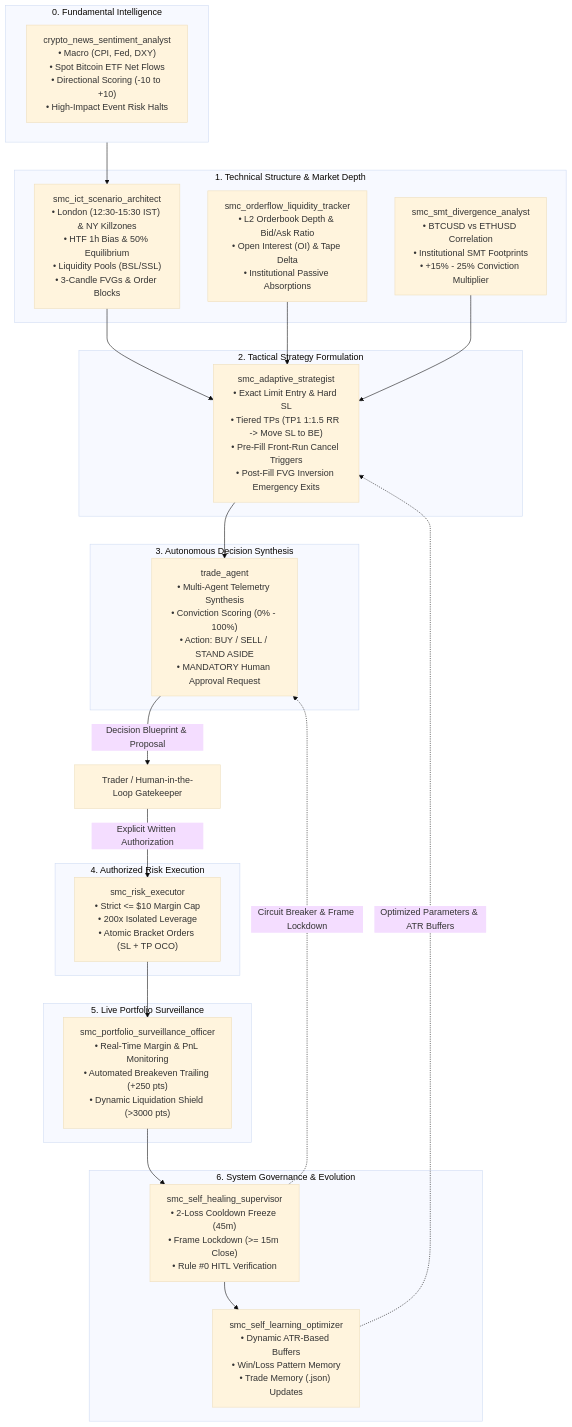
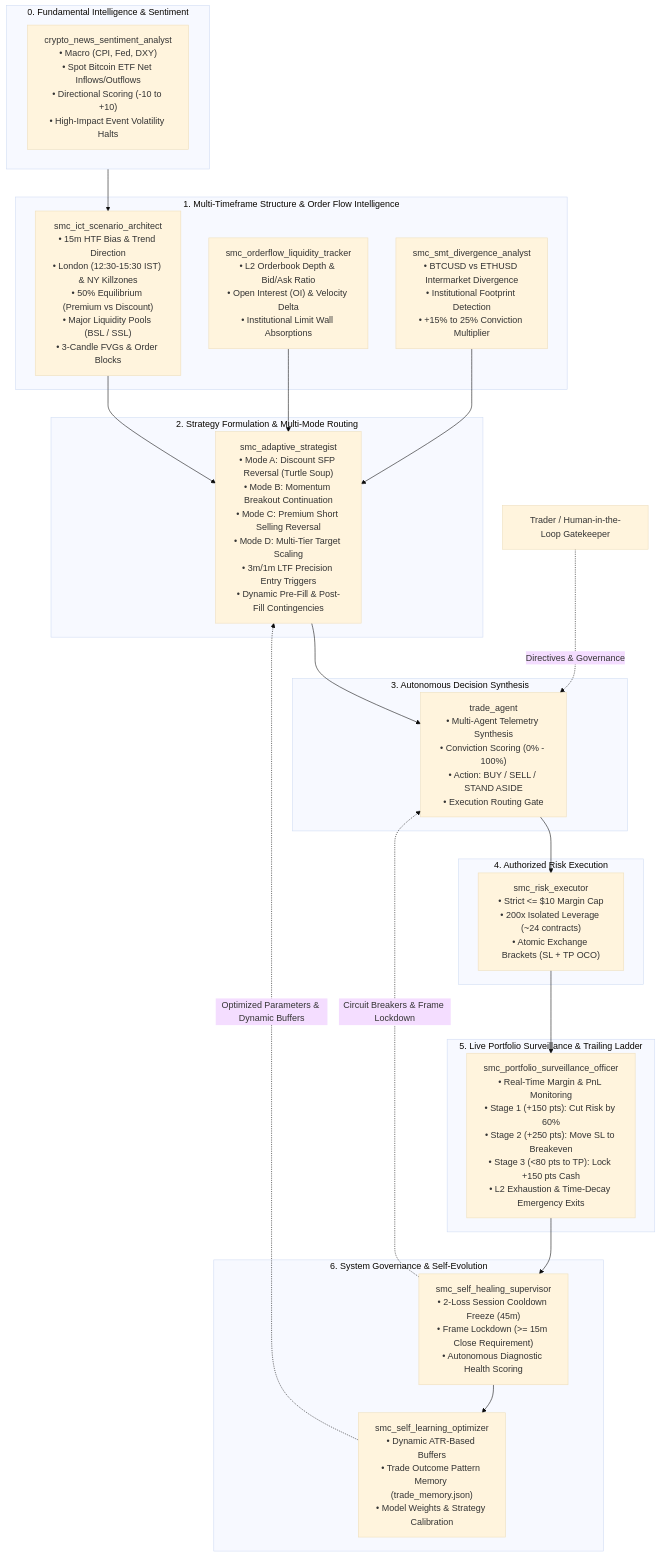
The diagram in subagents_trading_plan.md (bns218/Delta_MCP), drawn with Mermaid (base theme) before and after one commit. The commit also changed other lines of this file, not shown here.

Commit message:
Update subagents trading plan: 10 subagents roster, all 4 institutional modes, 15m->3m/1m timeframe matrix, 4 exit fixes

````diff
--- a/subagents_trading_plan.md
+++ b/subagents_trading_plan.md
@@ -13,48 +15,48 @@
 ```mermaid
 flowchart TD
     User["Trader / Human-in-the-Loop Gatekeeper"]
 
-    subgraph Phase0["0. Fundamental Intelligence"]
-        NewsAgent["crypto_news_sentiment_analyst\n• Macro (CPI, Fed, DXY)\n• Spot Bitcoin ETF Net Flows\n• Directional Scoring (-10 to +10)\n• High-Impact Event Risk Halts"]
+    subgraph Phase0["0. Fundamental Intelligence & Sentiment"]
+        NewsAgent["crypto_news_sentiment_analyst\n• Macro (CPI, Fed, DXY)\n• Spot Bitcoin ETF Net Inflows/Outflows\n• Directional Scoring (-10 to +10)\n• High-Impact Event Volatility Halts"]
     end
 
-    subgraph Phase1["1. Technical Structure & Market Depth"]
-        Architect["smc_ict_scenario_architect\n• London (12:30-15:30 IST) & NY Killzones\n• HTF 1h Bias & 50% Equilibrium\n• Liquidity Pools (BSL/SSL)\n• 3-Candle FVGs & Order Blocks"]
-        Orderflow["smc_orderflow_liquidity_tracker\n• L2 Orderbook Depth & Bid/Ask Ratio\n• Open Interest (OI) & Tape Delta\n• Institutional Passive Absorptions"]
-        SMT["smc_smt_divergence_analyst\n• BTCUSD vs ETHUSD Correlation\n• Institutional SMT Footprints\n• +15% - 25% Conviction Multiplier"]
+    subgraph Phase1["1. Multi-Timeframe Structure & Order Flow Intelligence"]
+        Architect["smc_ict_scenario_architect\n• 15m HTF Bias & Trend Direction\n• London (12:30-15:30 IST) & NY Killzones\n• 50% Equilibrium (Premium vs Discount)\n• Major Liquidity Pools (BSL / SSL)\n• 3-Candle FVGs & Order Blocks"]
+        Orderflow["smc_orderflow_liquidity_tracker\n• L2 Orderbook Depth & Bid/Ask Ratio\n• Open Interest (OI) & Velocity Delta\n• Institutional Limit Wall Absorptions"]
+        SMT["smc_smt_divergence_analyst\n• BTCUSD vs ETHUSD Intermarket Divergence\n• Institutional Footprint Detection\n• +15% to 25% Conviction Multiplier"]
     end
 
-    subgraph Phase2["2. Tactical Strategy Formulation"]
-        Strategist["smc_adaptive_strategist\n• Exact Limit Entry & Hard SL\n• Tiered TPs (TP1 1:1.5 RR -> Move SL to BE)\n• Pre-Fill Front-Run Cancel Triggers\n• Post-Fill FVG Inversion Emergency Exits"]
+    subgraph Phase2["2. Strategy Formulation & Multi-Mode Routing"]
+        Strategist["smc_adaptive_strategist\n• Mode A: Discount SFP Reversal (Turtle Soup)\n• Mode B: Momentum Breakout Continuation\n• Mode C: Premium Short Selling Reversal\n• Mode D: Multi-Tier Target Scaling\n• 3m/1m LTF Precision Entry Triggers\n• Dynamic Pre-Fill & Post-Fill Contingencies"]
     end
 
     subgraph Phase3["3. Autonomous Decision Synthesis"]
-        TradeAgent["trade_agent\n• Multi-Agent Telemetry Synthesis\n• Conviction Scoring (0% - 100%)\n• Action: BUY / SELL / STAND ASIDE\n• MANDATORY Human Approval Request"]
+        TradeAgent["trade_agent\n• Multi-Agent Telemetry Synthesis\n• Conviction Scoring (0% - 100%)\n• Action: BUY / SELL / STAND ASIDE\n• Execution Routing Gate"]
     end
 
     subgraph Phase4["4. Authorized Risk Execution"]
-        Executor["smc_risk_executor\n• Strict <= $10 Margin Cap\n• 200x Isolated Leverage\n• Atomic Bracket Orders (SL + TP OCO)"]
+        Executor["smc_risk_executor\n• Strict <= $10 Margin Cap\n• 200x Isolated Leverage (~24 contracts)\n• Atomic Exchange Brackets (SL + TP OCO)"]
     end
 
-    subgraph Phase5["5. Live Portfolio Surveillance"]
-        Surveillance["smc_portfolio_surveillance_officer\n• Real-Time Margin & PnL Monitoring\n• Automated Breakeven Trailing (+250 pts)\n• Dynamic Liquidation Shield (>3000 pts)"]
+    subgraph Phase5["5. Live Portfolio Surveillance & Trailing Ladder"]
+        Surveillance["smc_portfolio_surveillance_officer\n• Real-Time Margin & PnL Monitoring\n• Stage 1 (+150 pts): Cut Risk by 60%\n• Stage 2 (+250 pts): Move SL to Breakeven\n• Stage 3 (<80 pts to TP): Lock +150 pts Cash\n• L2 Exhaustion & Time-Decay Emergency Exits"]
     end
 
-    subgraph Phase6["6. System Governance & Evolution"]
-        Healer["smc_self_healing_supervisor\n• 2-Loss Cooldown Freeze (45m)\n• Frame Lockdown (>= 15m Close)\n• Rule #0 HITL Verification"]
-        Learner["smc_self_learning_optimizer\n• Dynamic ATR-Based Buffers\n• Win/Loss Pattern Memory\n• Trade Memory (.json) Updates"]
+    subgraph Phase6["6. System Governance & Self-Evolution"]
+        Healer["smc_self_healing_supervisor\n• 2-Loss Session Cooldown Freeze (45m)\n• Frame Lockdown (>= 15m Close Requirement)\n• Autonomous Diagnostic Health Scoring"]
+        Learner["smc_self_learning_optimizer\n• Dynamic ATR-Based Buffers\n• Trade Outcome Pattern Memory (trade_memory.json)\n• Model Weights & Strategy Calibration"]
     end
 
     Phase0 --> Architect
     Architect --> Strategist
     Orderflow --> Strategist
     SMT --> Strategist
     Strategist --> TradeAgent
-    TradeAgent -->|Decision Blueprint & Proposal| User
-    User -->|Explicit Written Authorization| Executor
+    TradeAgent --> Executor
     Executor --> Surveillance
     Surveillance --> Healer
     Healer --> Learner
-    Learner -.->|Optimized Parameters & ATR Buffers| Strategist
-    Healer -.->|Circuit Breaker & Frame Lockdown| TradeAgent
+    Learner -.->|Optimized Parameters & Dynamic Buffers| Strategist
+    Healer -.->|Circuit Breakers & Frame Lockdown| TradeAgent
+    User -.->|Directives & Governance| TradeAgent
 ```
````
